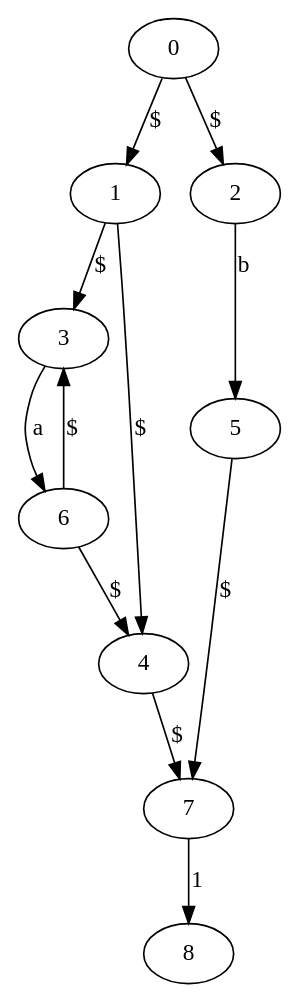
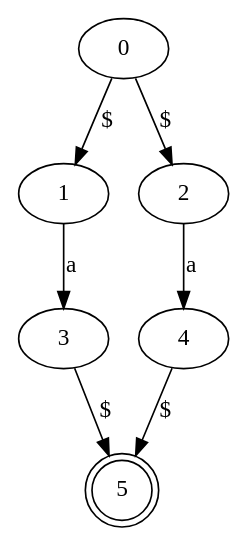
The diagram in OT1/NFA1.dot (easymoneysnipertang/Compiler), drawn with Graphviz before and after one commit. The commit also changed 4 other files, not shown here.

```diff
--- a/OT1/NFA1.dot
+++ b/OT1/NFA1.dot
@@ -1,13 +1,9 @@
 digraph G {
 	0 -> 1 [label="$"];
 	0 -> 2 [label="$"];
-	1 -> 3 [label="$"];
-	1 -> 4 [label="$"];
-	2 -> 5 [label="b"];
-	3 -> 6 [label="a"];
-	4 -> 7 [label="$"];
-	5 -> 7 [label="$"];
-	6 -> 4 [label="$"];
-	6 -> 3 [label="$"];
-	7 -> 8 [label="1"];
+	1 -> 3 [label="a"];
+	2 -> 4 [label="a"];
+	3 -> 5 [label="$"];
+	4 -> 5 [label="$"];
+	5 [shape=doublecircle];
 }
```
